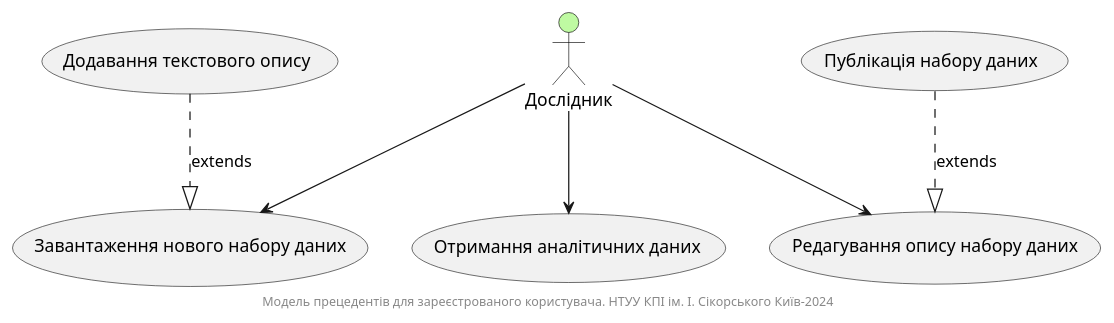
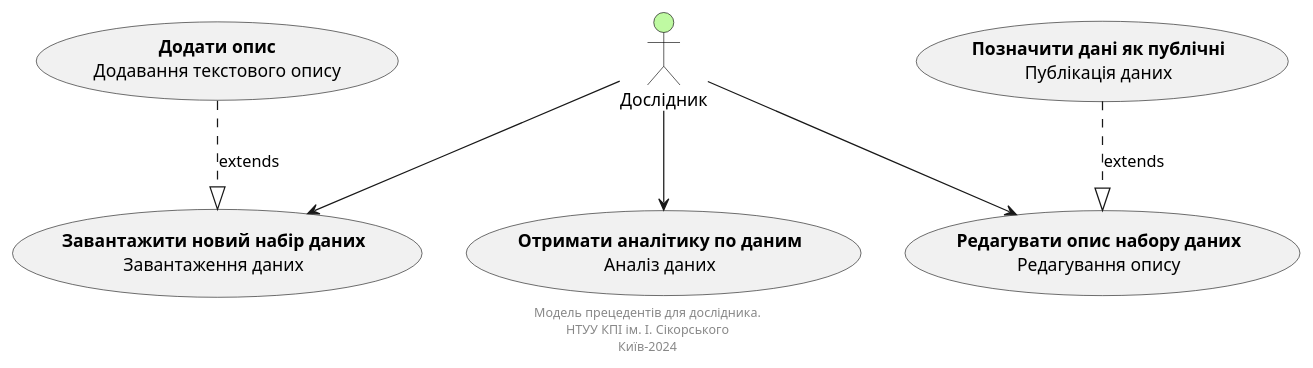
The third of 14 diagrams in docs/use cases/README.md (tyntyntynnnn/edu_db_labs), drawn with PlantUML before and after one commit. The commit also changed other lines of this file, not shown here.

```diff
--- a/docs/use cases/README.md
+++ b/docs/use cases/README.md
@@ -125,33 +115,34 @@
 @startuml
 
-' Налаштування стилів акторів
 skinparam actor {
     BackgroundColor #bffaa2
     BorderColor black
     FontColor black
 }
 
-actor "Дослідник" as Researcher
+actor "Дослідник" as DataResearcher
 
-usecase "Завантаження нового набору даних" as UC_2.1
-usecase "Отримання аналітичних даних" as UC_2.2
-usecase "Редагування опису набору даних" as UC_2.3
+usecase "<b>Завантажити новий набір даних</b>\nЗавантаження даних" as UC_2.1
+usecase "<b>Отримати аналітику по даним</b>\nАналіз даних" as UC_2.2
+usecase "<b>Редагувати опис набору даних</b>\nРедагування опису" as UC_2.3
 
-' Дочірні прецеденти
-usecase "Додавання текстового опису" as UC_2.1.1
-usecase "Публікація набору даних" as UC_2.3.1
+' Дочірні варіанти використання
+usecase "<b>Додати опис</b>\nДодавання текстового опису" as UC_2.1.1
+usecase "<b>Позначити дані як публічні</b>\nПублікація даних" as UC_2.3.1
 
 ' Основні взаємодії
-Researcher --> UC_2.1
-Researcher --> UC_2.2
-Researcher --> UC_2.3
+DataResearcher --> UC_2.1
+DataResearcher --> UC_2.2
+DataResearcher --> UC_2.3
 
-' Розширення (extends) для дочірніх прецедентів
+' Зв'язки розширення (extends) для дочірніх прецедентів
 UC_2.1.1 ..|> UC_2.1 : extends
 UC_2.3.1 ..|> UC_2.3 : extends
 
 footer
-     Модель прецедентів для зареєстрованого користувача. НТУУ КПІ ім. І. Сікорського Київ-2024
+    Модель прецедентів для дослідника.
+    НТУУ КПІ ім. І. Сікорського
+    Київ-2024
 endfooter
 
 @enduml
```
